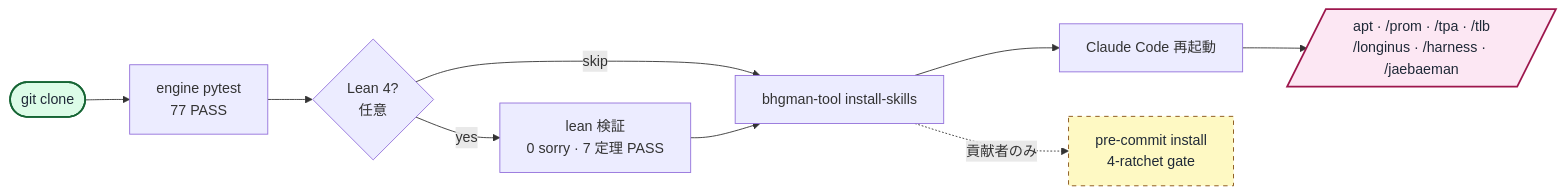
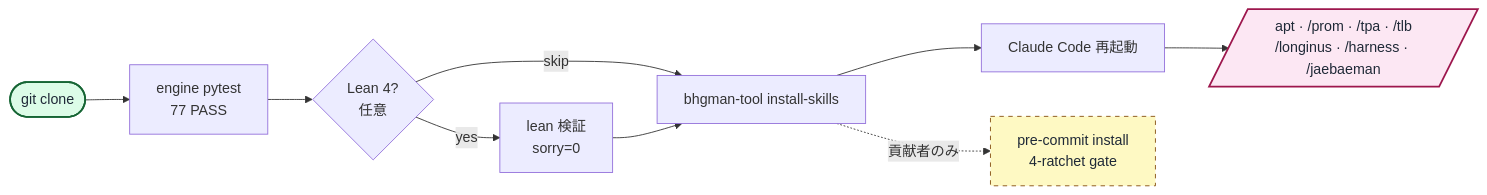
One commit to gj3447/bhgman_tool changed the diagram in README.ja-JP.md. Above: the diagram before and after it, drawn with Mermaid. The commit also changed other lines of this file and 5 other files, not shown here.

````diff
--- a/README.ja-JP.md
+++ b/README.ja-JP.md
@@ -110,18 +86,18 @@
 ```mermaid
 flowchart LR
     A([git clone]) --> B[engine pytest<br/>77 PASS]
     B --> C{Lean 4?<br/>任意}
-    C -- yes --> D[lean 検証<br/>0 sorry · 7 定理 PASS]
+    C -- yes --> D[lean 検証<br/>sorry=0]
     C -- skip --> E[bhgman-tool install-skills]
     D --> E
     E --> F[Claude Code 再起動]
     F --> G[/apt · /prom · /tpa · /tlb<br/>/longinus · /harness · /jaebaeman/]
     E -. 貢献者のみ .-> H[pre-commit install<br/>4-ratchet gate]
 
     classDef startNode fill:#dcfce7,stroke:#166534,stroke-width:2px,color:#1f2937
     classDef endNode fill:#fce7f3,stroke:#9d174d,stroke-width:2px,color:#1f2937
     classDef optNode fill:#fef9c3,stroke:#854d0e,stroke-width:1px,stroke-dasharray:5 5,color:#1f2937
     class A startNode
     class G endNode
     class H optNode
 ```
````
